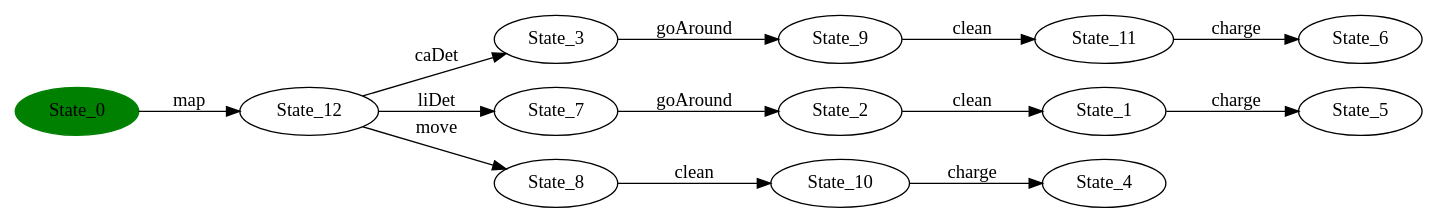
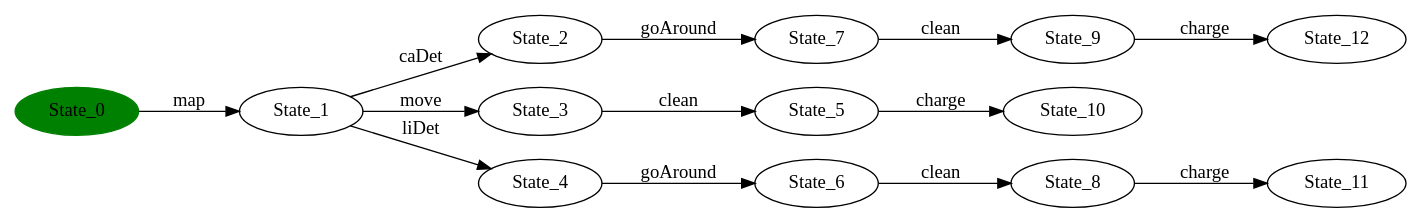
Before and after one commit to sfortz/BehavioralFeatureModel: the diagram in src/main/resources/ts/dot/new.dot, drawn with Graphviz. The commit also changed 5 other files, not shown here.

```diff
--- a/src/main/resources/ts/dot/new.dot
+++ b/src/main/resources/ts/dot/new.dot
@@ -1,28 +1,28 @@
 digraph G {
 rankdir=LR;
 state0[ label = "State_0", style=filled, color=green ];
 state1 [ label = "State_2" ];
-state1 -> state2 [ label=" clean " ];
+state1 -> state2 [ label=" goAround " ];
 state3 [ label = "State_3" ];
-state3 -> state4 [ label=" goAround " ];
+state3 -> state4 [ label=" clean " ];
 state5 [ label = "State_10" ];
-state5 -> state6 [ label=" charge " ];
 state6 [ label = "State_4" ];
-state7 [ label = "State_11" ];
-state7 -> state8 [ label=" charge " ];
-state9 [ label = "State_5" ];
-state10 [ label = "State_12" ];
-state10 -> state3 [ label=" caDet " ];
-state10 -> state11 [ label=" liDet " ];
-state10 -> state12 [ label=" move " ];
+state6 -> state7 [ label=" goAround " ];
+state8 [ label = "State_11" ];
+state4 [ label = "State_5" ];
+state4 -> state5 [ label=" charge " ];
+state9 [ label = "State_12" ];
 state0 -> state10 [ label=" map " ];
-state2 [ label = "State_1" ];
-state2 -> state9 [ label=" charge " ];
-state8 [ label = "State_6" ];
-state11 [ label = "State_7" ];
-state11 -> state1 [ label=" goAround " ];
-state12 [ label = "State_8" ];
-state12 -> state5 [ label=" clean " ];
-state4 [ label = "State_9" ];
-state4 -> state7 [ label=" clean " ];
+state10 [ label = "State_1" ];
+state10 -> state1 [ label=" caDet " ];
+state10 -> state3 [ label=" move " ];
+state10 -> state6 [ label=" liDet " ];
+state7 [ label = "State_6" ];
+state7 -> state11 [ label=" clean " ];
+state2 [ label = "State_7" ];
+state2 -> state12 [ label=" clean " ];
+state11 [ label = "State_8" ];
+state11 -> state8 [ label=" charge " ];
+state12 [ label = "State_9" ];
+state12 -> state9 [ label=" charge " ];
 }
```
